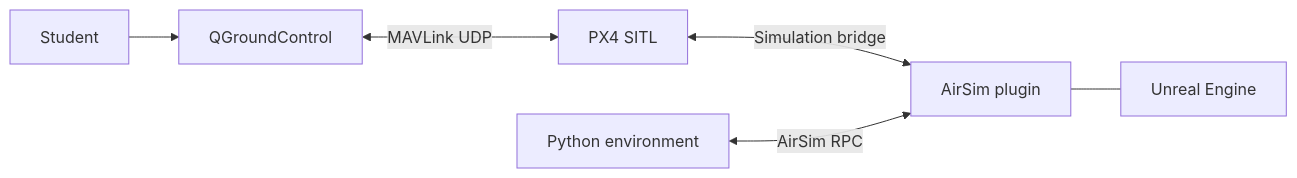
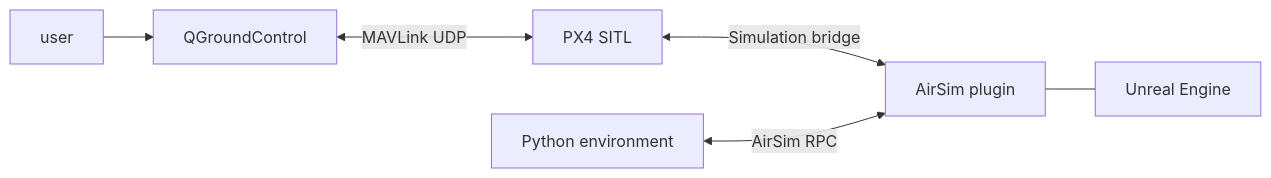
Before and after one commit to selysecr332/Eye-in-the-Sky: the diagram in HW_1/diagrams/01_system_context.md, drawn with Mermaid.

````diff
--- a/HW_1/diagrams/01_system_context.md
+++ b/HW_1/diagrams/01_system_context.md
@@ -3,15 +3,15 @@
 ```mermaid
 flowchart LR
-  USER[Student]
+  USER[user]
   QGC[QGroundControl]
   PX4[PX4 SITL]
   UE[Unreal Engine]
   AS[AirSim plugin]
   PY[Python environment]
 
   USER --> QGC
   QGC <-->|MAVLink UDP| PX4
   PX4 <-->|Simulation bridge| AS
   AS --- UE
   PY <-->|AirSim RPC| AS
 ```
````
